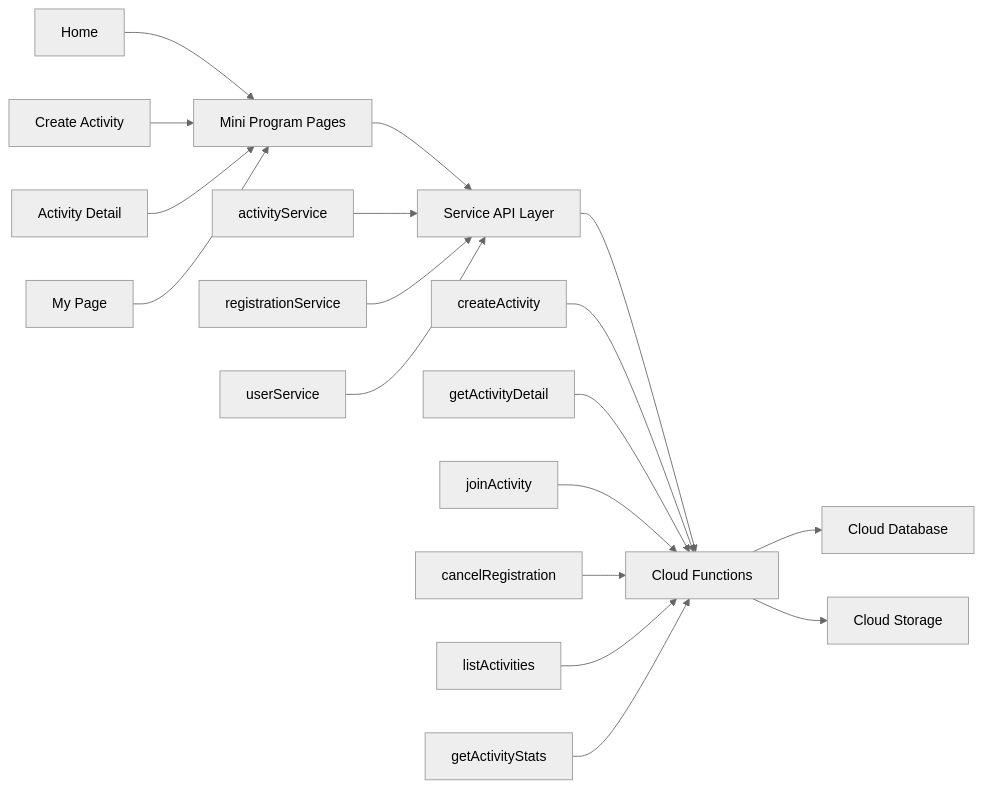
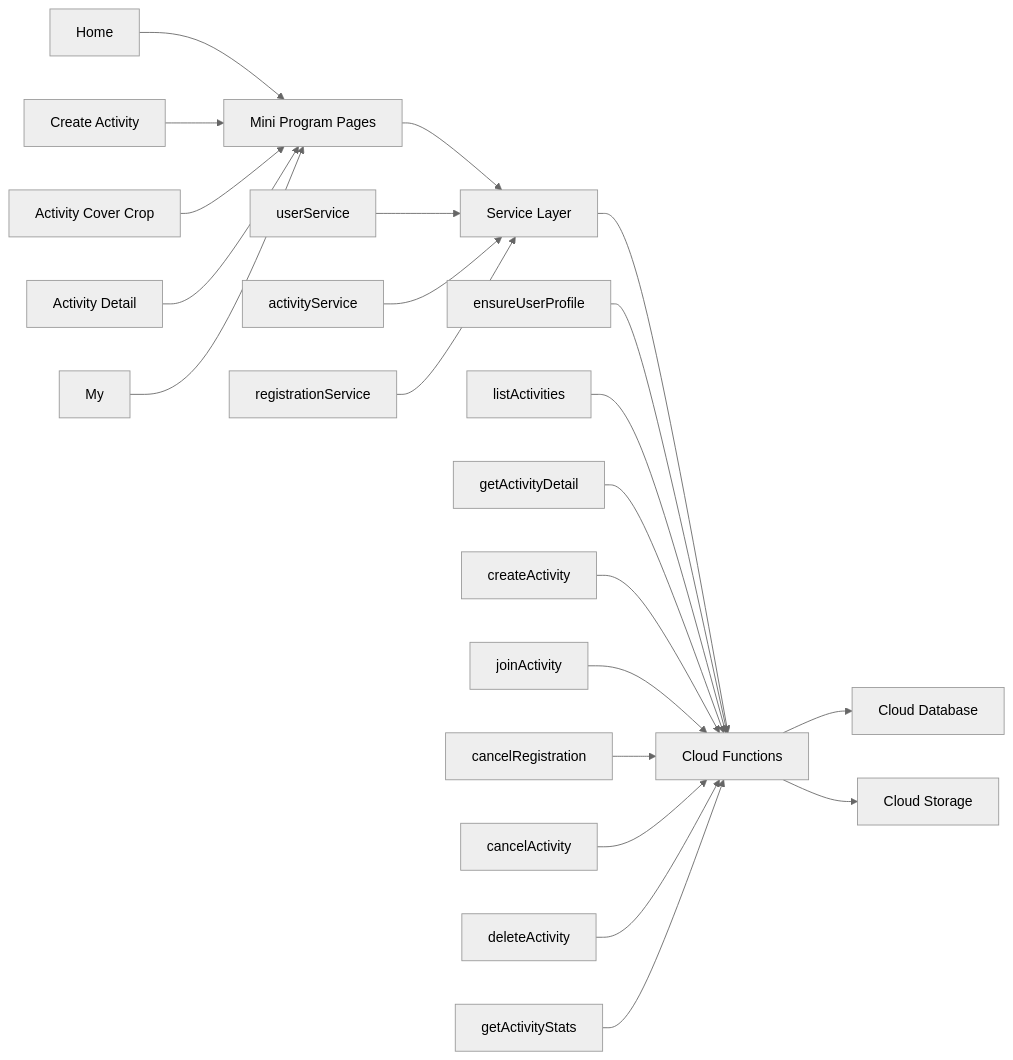
One commit to zhss5/football_signup_miniapp changed the diagram in docs/superpowers/specs/football-signup-miniapp-design.md. Above: the diagram before and after it, drawn with Mermaid (neutral theme). The commit also changed other lines of this file and 2 other files, not shown here.

````diff
--- a/docs/superpowers/specs/football-signup-miniapp-design.md
+++ b/docs/superpowers/specs/football-signup-miniapp-design.md
@@ -61,23 +122,27 @@
 ```mermaid
 flowchart LR
-    A[Mini Program Pages] --> B[Service API Layer]
+    A[Mini Program Pages] --> B[Service Layer]
     B --> C[Cloud Functions]
     C --> D[Cloud Database]
     C --> E[Cloud Storage]
 
     A1[Home] --> A
     A2[Create Activity] --> A
-    A3[Activity Detail] --> A
-    A4[My Page] --> A
+    A3[Activity Cover Crop] --> A
+    A4[Activity Detail] --> A
+    A5[My] --> A
 
-    B1[activityService] --> B
-    B2[registrationService] --> B
-    B3[userService] --> B
+    B1[userService] --> B
+    B2[activityService] --> B
+    B3[registrationService] --> B
 
-    C1[createActivity] --> C
-    C2[getActivityDetail] --> C
-    C3[joinActivity] --> C
-    C4[cancelRegistration] --> C
-    C5[listActivities] --> C
-    C6[getActivityStats] --> C
+    C1[ensureUserProfile] --> C
+    C2[listActivities] --> C
+    C3[getActivityDetail] --> C
+    C4[createActivity] --> C
+    C5[joinActivity] --> C
+    C6[cancelRegistration] --> C
+    C7[cancelActivity] --> C
+    C8[deleteActivity] --> C
+    C9[getActivityStats] --> C
 ```
````
